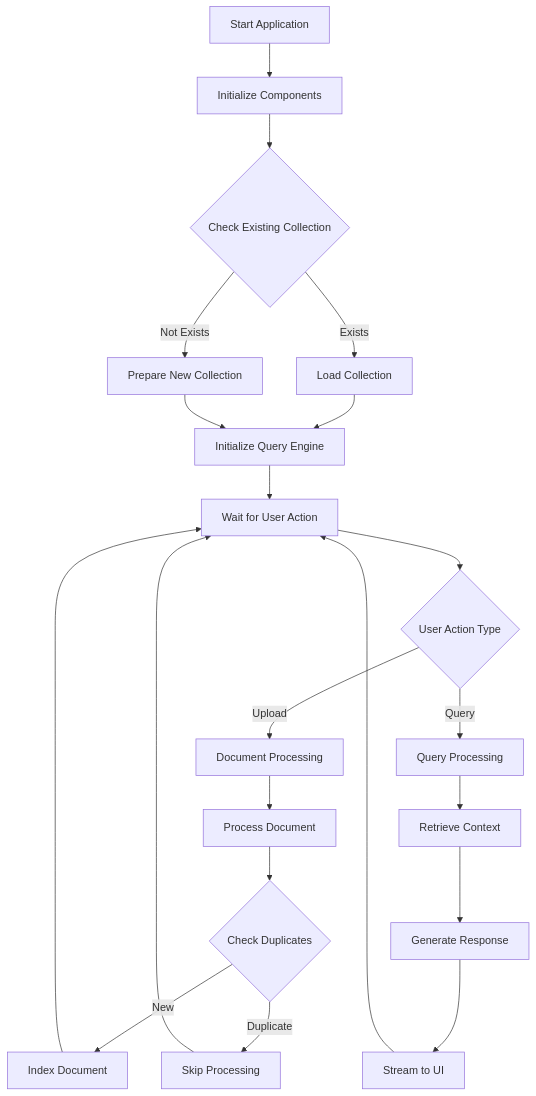
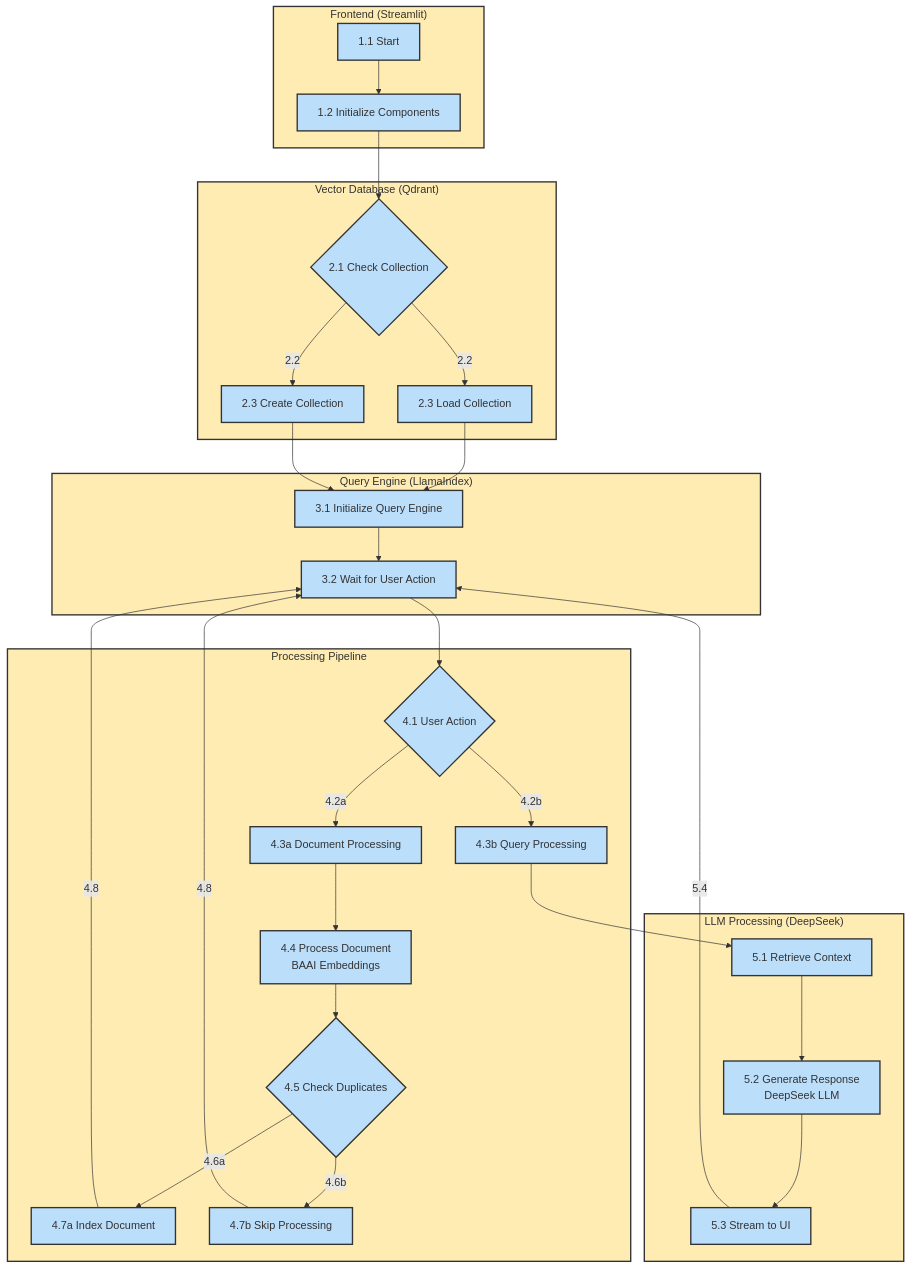
The diagram in WORKFLOW.md (vinoth12940/Deepseek_RAG), drawn with Mermaid before and after one commit. The commit also changed other lines of this file, not shown here.

Commit message:
Refactor WORKFLOW.md with comprehensive technical flow diagram and detailed process description

````diff
--- a/WORKFLOW.md
+++ b/WORKFLOW.md
@@ -6,29 +3,46 @@
 ```mermaid
 graph TD
-    A[Start Application] --> B[Initialize Components]
-    B --> C{Check Existing Collection}
+    subgraph Frontend["Frontend (Streamlit)"]
+        A["1.1 Start"] --> B["1.2 Initialize Components"]
+    end
+
+    subgraph Database["Vector Database (Qdrant)"]
+        B --> C{"2.1 Check Collection"}
+        C -->|"2.2"| D["2.3 Load Collection"]
+        C -->|"2.2"| E["2.3 Create Collection"]
+    end
+
+    subgraph QueryEngine["Query Engine (LlamaIndex)"]
+        D --> F["3.1 Initialize Query Engine"]
+        E --> F
+        F --> G["3.2 Wait for User Action"]
+    end
+
+    subgraph Processing["Processing Pipeline"]
+        G --> H{"4.1 User Action"}
+        H -->|"4.2a"| I["4.3a Document Processing"]
+        H -->|"4.2b"| J["4.3b Query Processing"]
+        
+        I --> K["4.4 Process Document<br/>BAAI Embeddings"]
+        K --> L{"4.5 Check Duplicates"}
+        L -->|"4.6a"| M["4.7a Index Document"]
+        L -->|"4.6b"| N["4.7b Skip Processing"]
+    end
+
+    subgraph LLM["LLM Processing (DeepSeek)"]
+        J --> O["5.1 Retrieve Context"]
+        O --> P["5.2 Generate Response<br/>DeepSeek LLM"]
+        P --> Q["5.3 Stream to UI"]
+    end
+
+    M -->|"4.8"| G
+    N -->|"4.8"| G
+    Q -->|"5.4"| G
+
+    classDef default fill:#f9f9f9,stroke:#333,stroke-width:2px
+    classDef process fill:#bbdefb,stroke:#333,stroke-width:2px
+    classDef special fill:#ffecb3,stroke:#333,stroke-width:2px
     
-    C -->|Exists| D[Load Collection]
-    C -->|Not Exists| E[Prepare New Collection]
-    
-    D --> F[Initialize Query Engine]
-    E --> F
-    
-    F --> G[Wait for User Action]
-    
-    G --> H{User Action Type}
-    H -->|Upload| I[Document Processing]
-    H -->|Query| J[Query Processing]
-    
-    I --> K[Process Document]
-    K --> L{Check Duplicates}
-    L -->|New| M[Index Document]
-    L -->|Duplicate| N[Skip Processing]
-    M --> G
-    N --> G
-    
-    J --> O[Retrieve Context]
-    O --> P[Generate Response]
-    P --> Q[Stream to UI]
-    Q --> G
+    class A,B,C,D,E,F,G,H,I,J,K,L,M,N,O,P,Q process
+    class Frontend,Database,QueryEngine,Processing,LLM special
 ```
````
